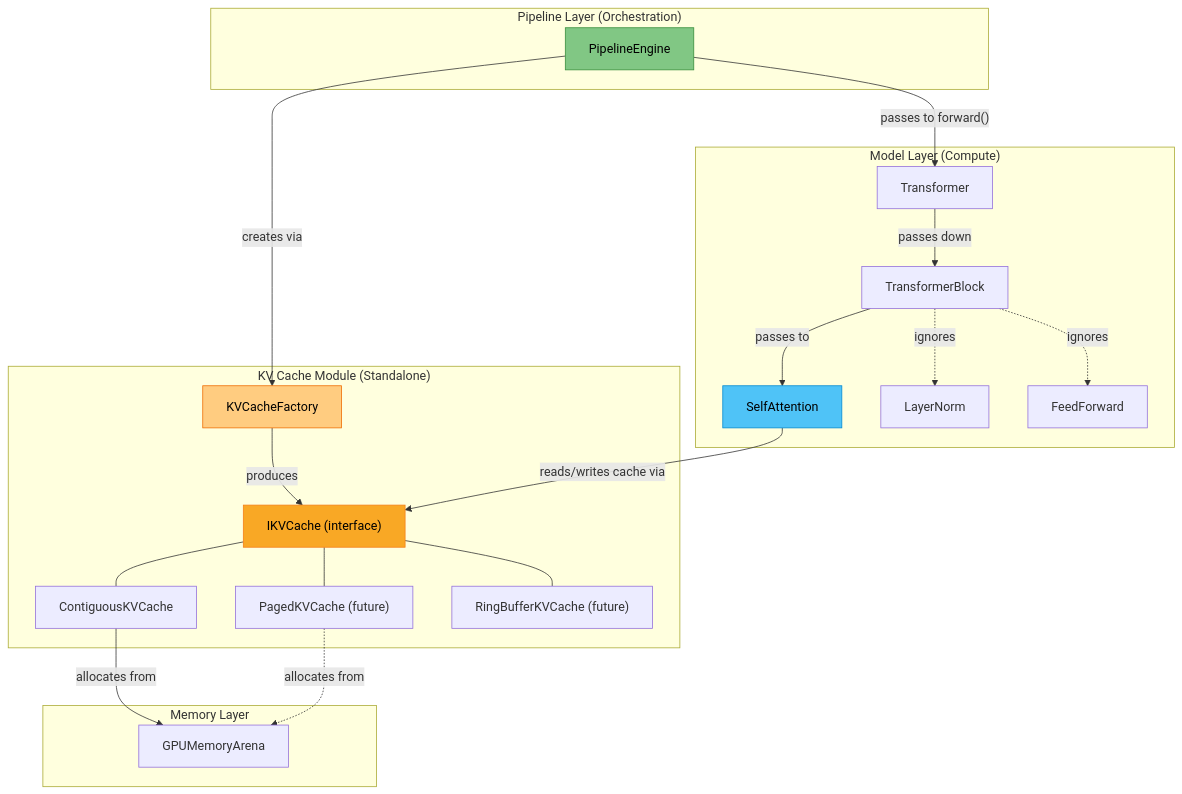
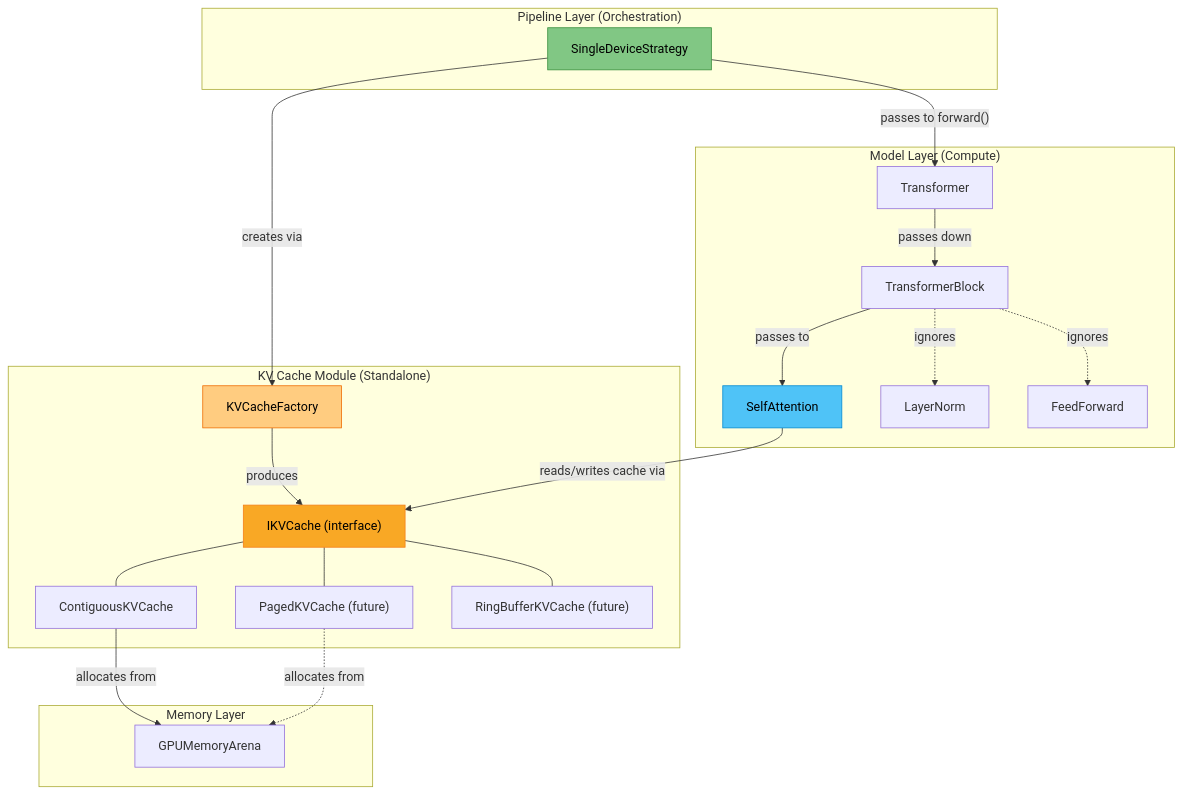
Before and after one commit to Nia-bald/high-performance-inference: the first of 3 diagrams in docs/kv_cache_design.md, drawn with Mermaid. The commit also changed other lines of this file and 11 other files, not shown here.

Commit message:
refactor rename updated pipeline engine to single device strategy

````diff
--- a/docs/kv_cache_design.md
+++ b/docs/kv_cache_design.md
@@ -7,47 +7,47 @@
 ```mermaid
 graph TB
     subgraph "Pipeline Layer (Orchestration)"
-        PE["PipelineEngine"]
+        PE["SingleDeviceStrategy"]
     end
 
     subgraph "KV Cache Module (Standalone)"
         F["KVCacheFactory"]
         I["IKVCache (interface)"]
         C1["ContiguousKVCache"]
         C2["PagedKVCache (future)"]
         C3["RingBufferKVCache (future)"]
     end
 
     subgraph "Model Layer (Compute)"
         T["Transformer"]
         TB["TransformerBlock"]
         SA["SelfAttention"]
         LN["LayerNorm"]
         FF["FeedForward"]
     end
 
     subgraph "Memory Layer"
         ARENA["GPUMemoryArena"]
     end
 
     PE -->|"creates via"| F
     F -->|"produces"| I
     PE -->|"passes to forward()"| T
     T -->|"passes down"| TB
     TB -->|"passes to"| SA
     TB -.->|"ignores"| LN
     TB -.->|"ignores"| FF
 
     SA -->|"reads/writes cache via"| I
     I --- C1
     I --- C2
     I --- C3
 
     C1 -->|"allocates from"| ARENA
     C2 -.->|"allocates from"| ARENA
 
     style I fill:#f9a825,stroke:#f57f17,color:#000
     style SA fill:#4fc3f7,stroke:#0288d1,color:#000
     style PE fill:#81c784,stroke:#388e3c,color:#000
     style F fill:#ffcc80,stroke:#ef6c00,color:#000
 ```
````
